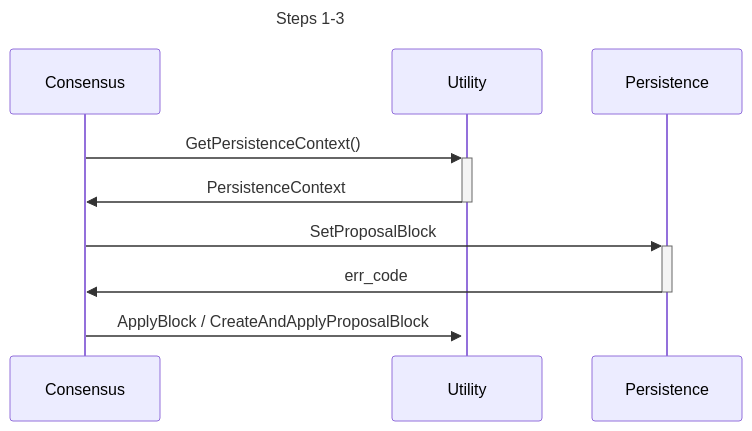
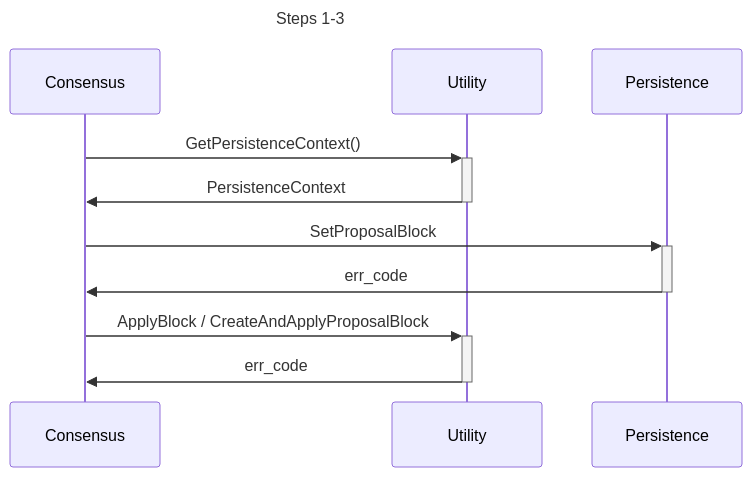
The fourth of 5 diagrams in shared/docs/PROTOCOL_STATE_HASH.md (pokt-network/pocket), drawn with Mermaid before and after one commit. The commit also changed other lines of this file and 1 other file, not shown here.

Commit message:
Self review of most parts of the code

````diff
--- a/shared/docs/PROTOCOL_STATE_HASH.md
+++ b/shared/docs/PROTOCOL_STATE_HASH.md
@@ -121,18 +119,19 @@
 ```mermaid
 sequenceDiagram
     title Steps 1-3
     participant C as Consensus
     participant U as Utility
     participant P as Persistence
 
         %% Retrieve the persistence context
         C->>+U: GetPersistenceContext()
         U->>-C: PersistenceContext
 
         %% Update the proposal in the persistence context
         C->>+P: SetProposalBlock
         P->>-C: err_code
 
         %% Apply the block to the local proposal state
         C->>+U: ApplyBlock / CreateAndApplyProposalBlock
+        U->>-C: err_code
 ```
````
